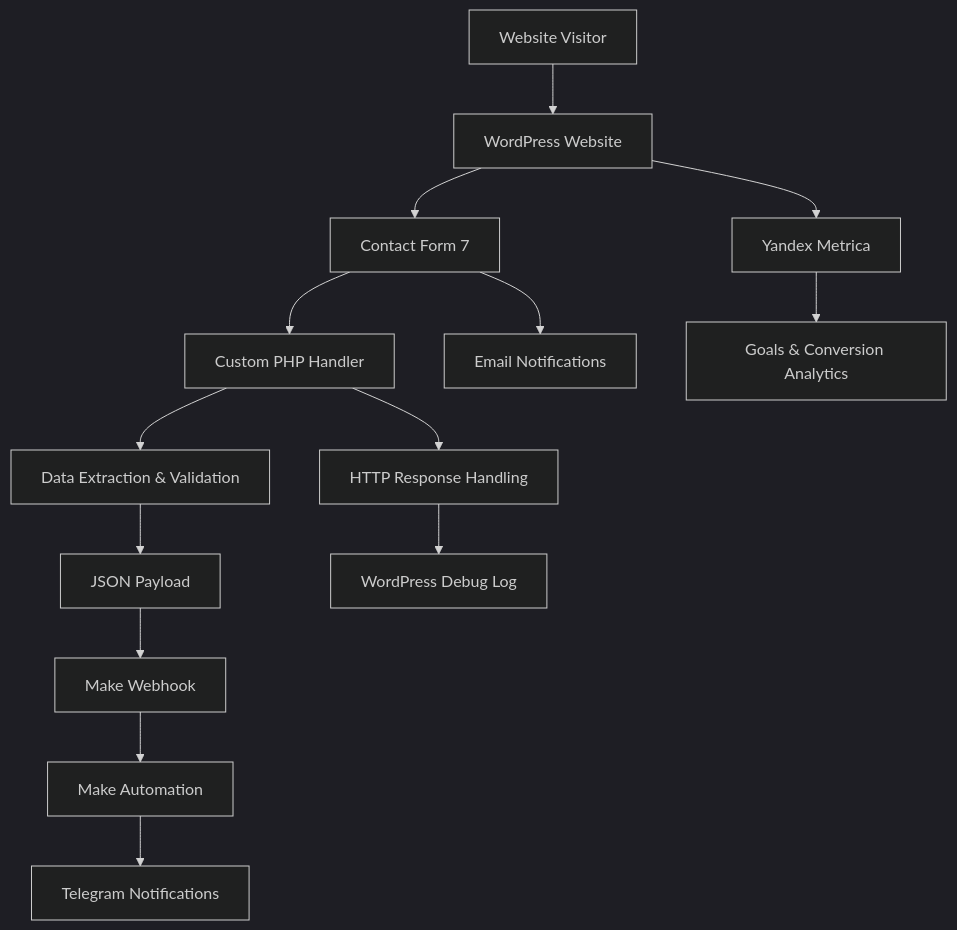
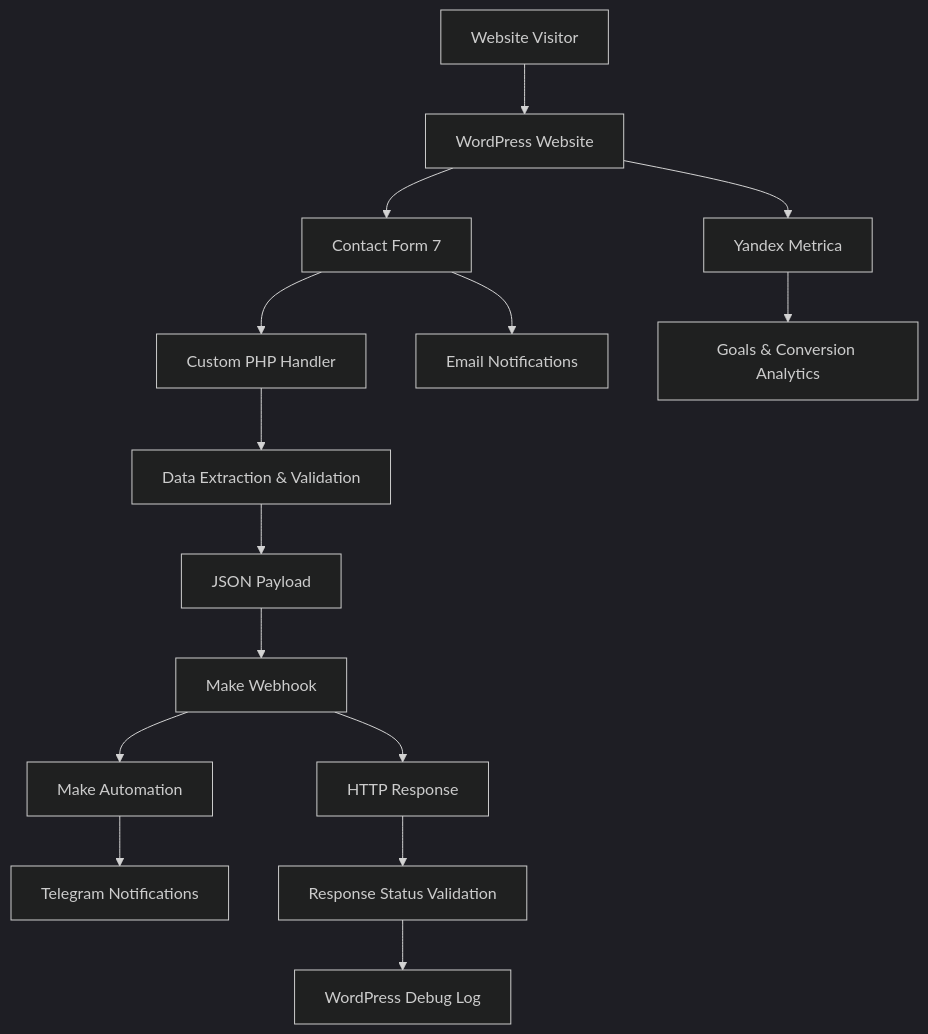
Before and after one commit to oswaldotesser/fin-help-center-case: the diagram in README.md, drawn with Mermaid (dark theme). The commit also changed other lines of this file, not shown here.

````diff
--- a/README.md
+++ b/README.md
@@ -63,20 +66,21 @@
 ```mermaid
 flowchart TD
     A["Website Visitor"] --> B["WordPress Website"]
     B --> C["Contact Form 7"]
 
     C --> D["Custom PHP Handler"]
     D --> E["Data Extraction & Validation"]
     E --> F["JSON Payload"]
     F --> G["Make Webhook"]
     G --> H["Make Automation"]
     H --> I["Telegram Notifications"]
 
-    C --> J["Email Notifications"]
-
-    D --> K["HTTP Response Handling"]
+    G --> J["HTTP Response"]
+    J --> K["Response Status Validation"]
     K --> L["WordPress Debug Log"]
 
-    B --> M["Yandex Metrica"]
-    M --> N["Goals & Conversion Analytics"]
+    C --> M["Email Notifications"]
+
+    B --> N["Yandex Metrica"]
+    N --> O["Goals & Conversion Analytics"]
 ```
````
